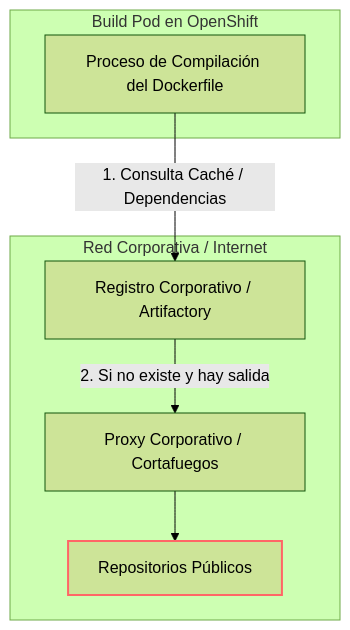
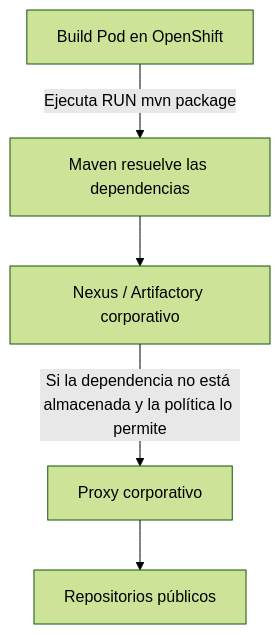
The fourth of 5 diagrams in docs/sesion4/4.5 Construir en la plataforma.md (ieftraining/curso-openshift), drawn with Mermaid (forest theme) before and after one commit. The commit also changed other lines of this file, not shown here.

````diff
--- a/docs/sesion4/4.5 Construir en la plataforma.md
+++ b/docs/sesion4/4.5 Construir en la plataforma.md
@@ -119,17 +123,7 @@
 ```mermaid
 flowchart TD
-    subgraph Build Pod en OpenShift
-        BP[Proceso de Compilación del Dockerfile]
-    end
-
-    subgraph Red Corporativa / Internet
-        Proxy[Proxy Corporativo / Cortafuegos]
-        Nexus[Registro Corporativo / Artifactory]
-        Internet[Repositorios Públicos]
-    end
-
-    BP -->|1. Consulta Caché / Dependencias| Nexus
-    Nexus -->|2. Si no existe y hay salida| Proxy --> Internet
-    
-    style Internet stroke:#f66,stroke-width:2px
+    BP[Build Pod en OpenShift] -->|Ejecuta RUN mvn package| Maven[Maven resuelve las dependencias]
+    Maven --> Nexus[Nexus / Artifactory corporativo]
+    Nexus -->|Si la dependencia no está almacenada y la política lo permite| Proxy[Proxy corporativo]
+    Proxy --> Internet[Repositorios públicos]
 ```
````
